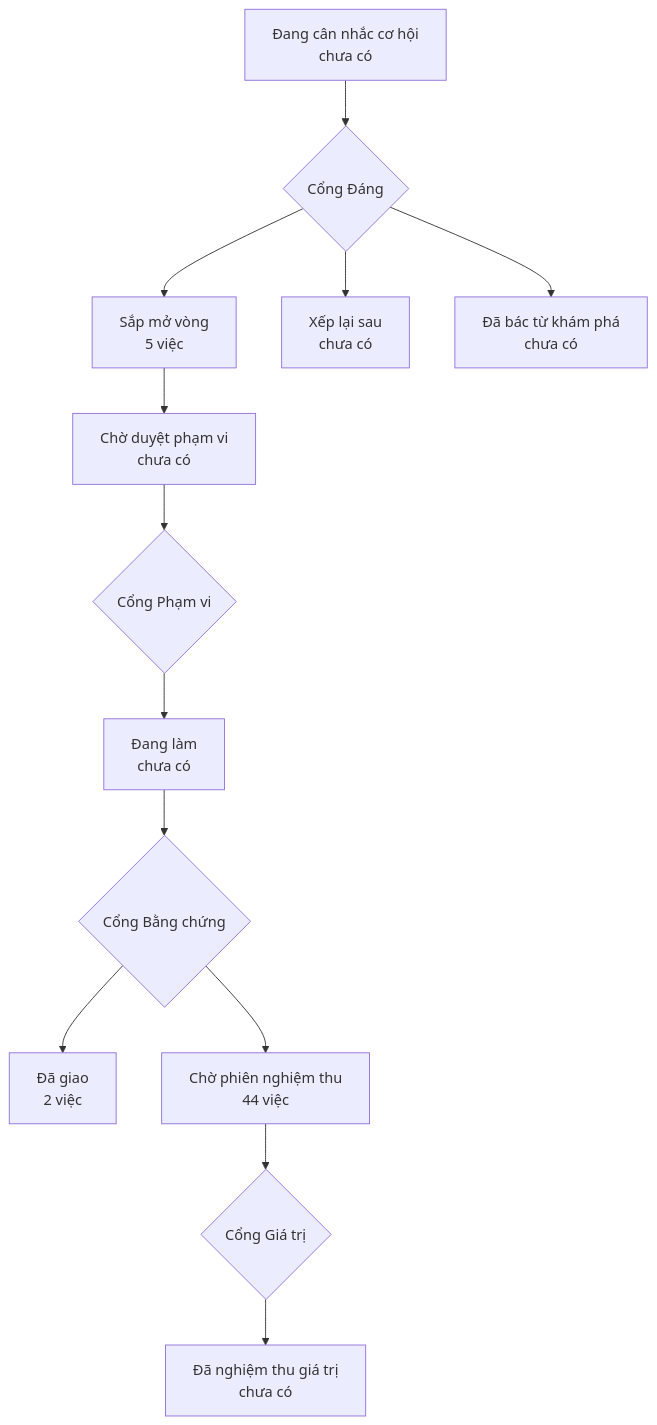
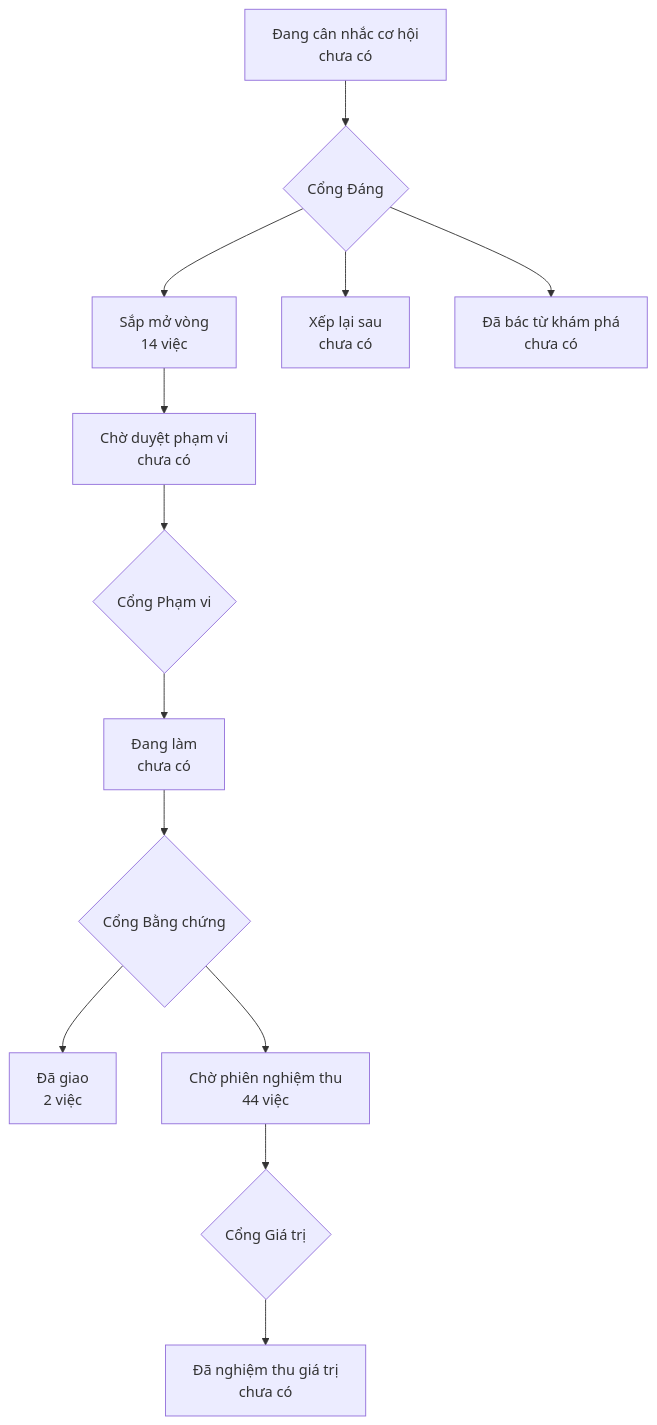
The diagram in PRODUCT-MAP.md (phanlemanh/onehub-inventory), drawn with Mermaid before and after one commit. The commit also changed other lines of this file and 1 other file, not shown here.

Commit message:
chore(plan): regenerate product map and roadmap after rows 1t, 13a, 3g and the nine worth-gate decisions

````diff
--- a/PRODUCT-MAP.md
+++ b/PRODUCT-MAP.md
@@ -7,12 +7,12 @@
 ```mermaid
 flowchart TD
   A["Đang cân nhắc cơ hội<br/>chưa có"] --> GD{"Cổng Đáng"}
-  GD --> B["Sắp mở vòng<br/>5 việc"]
+  GD --> B["Sắp mở vòng<br/>14 việc"]
   GD --> XL["Xếp lại sau<br/>chưa có"]
   GD --> DB["Đã bác từ khám phá<br/>chưa có"]
   B --> CD["Chờ duyệt phạm vi<br/>chưa có"] --> GP{"Cổng Phạm vi"}
   GP --> DL["Đang làm<br/>chưa có"] --> GB{"Cổng Bằng chứng"}
   GB --> DG["Đã giao<br/>2 việc"]
   GB --> CN["Chờ phiên nghiệm thu<br/>44 việc"] --> GG{"Cổng Giá trị"}
   GG --> NT["Đã nghiệm thu giá trị<br/>chưa có"]
 ```
````
